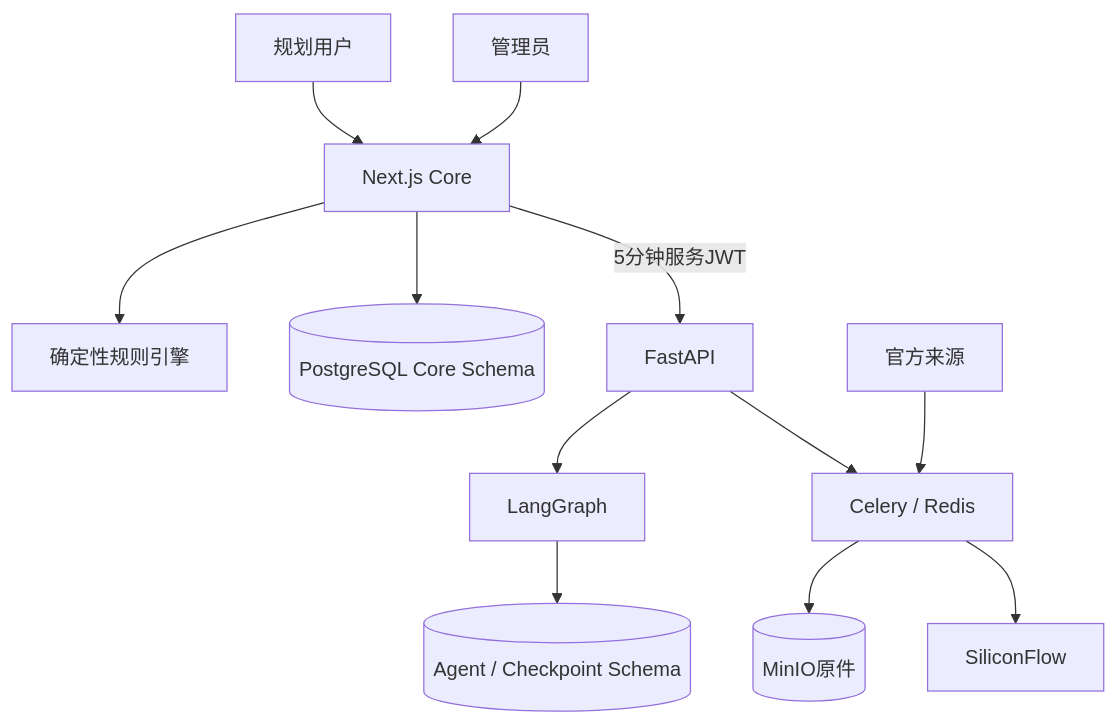
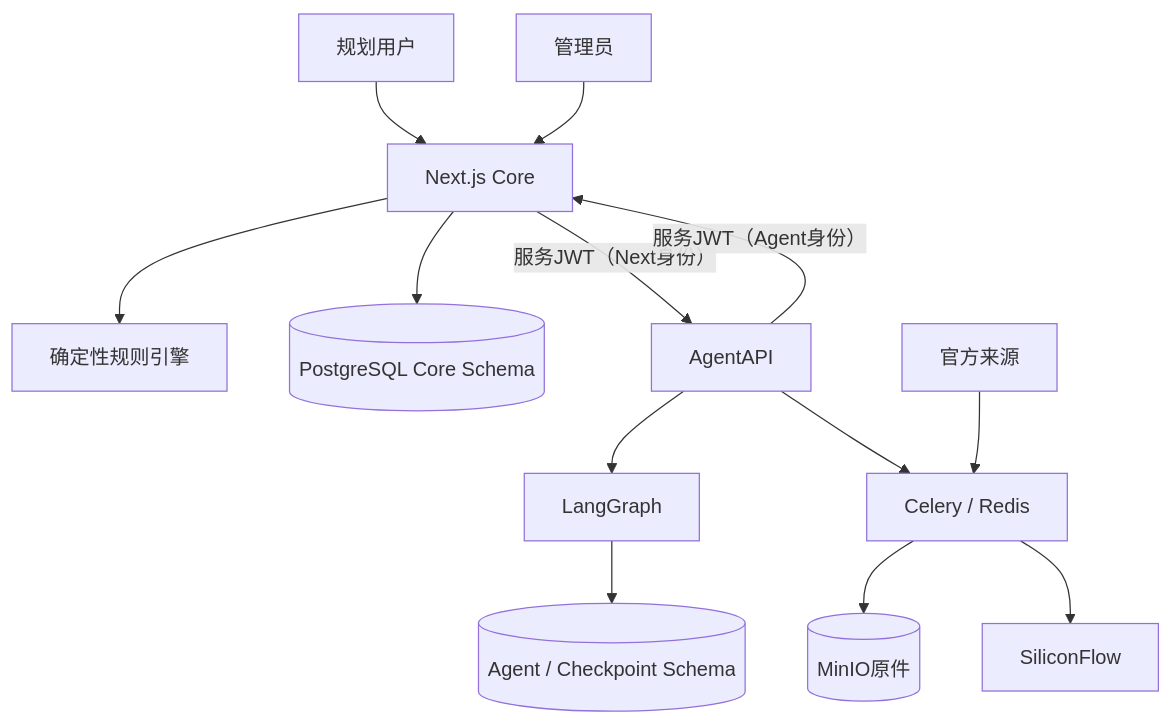
The first of 2 diagrams in docs/refactor/policy-ops-agent/ARCHITECTURE.md (Jan-mx/Socila), drawn with Mermaid before and after one commit. The commit also changed other lines of this file and 42 other files, not shown here.

````diff
--- a/docs/refactor/policy-ops-agent/ARCHITECTURE.md
+++ b/docs/refactor/policy-ops-agent/ARCHITECTURE.md
@@ -11,14 +11,15 @@
 ```mermaid
 flowchart TB
     User[规划用户] --> Next[Next.js Core]
     Admin[管理员] --> Next
     Next --> Engine[确定性规则引擎]
     Next --> Core[(PostgreSQL Core Schema)]
-    Next -->|5分钟服务JWT| AgentAPI[FastAPI]
+    Next -->|服务JWT（Next身份）| AgentAPI
+    AgentAPI -->|服务JWT（Agent身份）| Next
     AgentAPI --> Graph[LangGraph]
     AgentAPI --> Queue[Celery / Redis]
     Graph --> AgentDB[(Agent / Checkpoint Schema)]
     Queue --> MinIO[(MinIO原件)]
     Queue --> SF[SiliconFlow]
     Sources[官方来源] --> Queue
 ```
````
